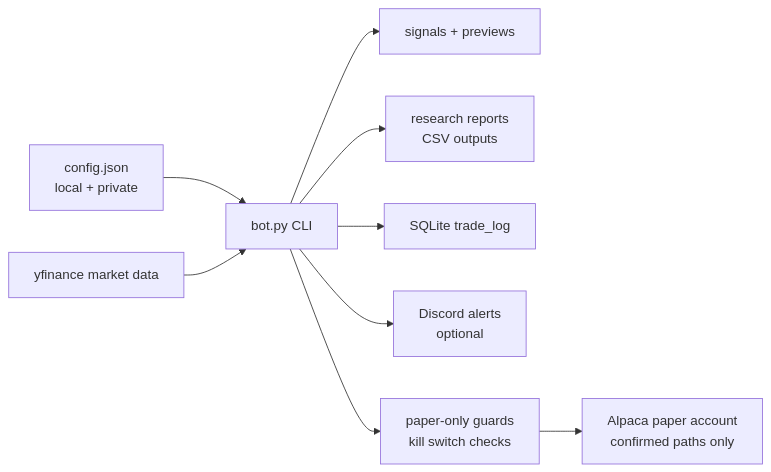
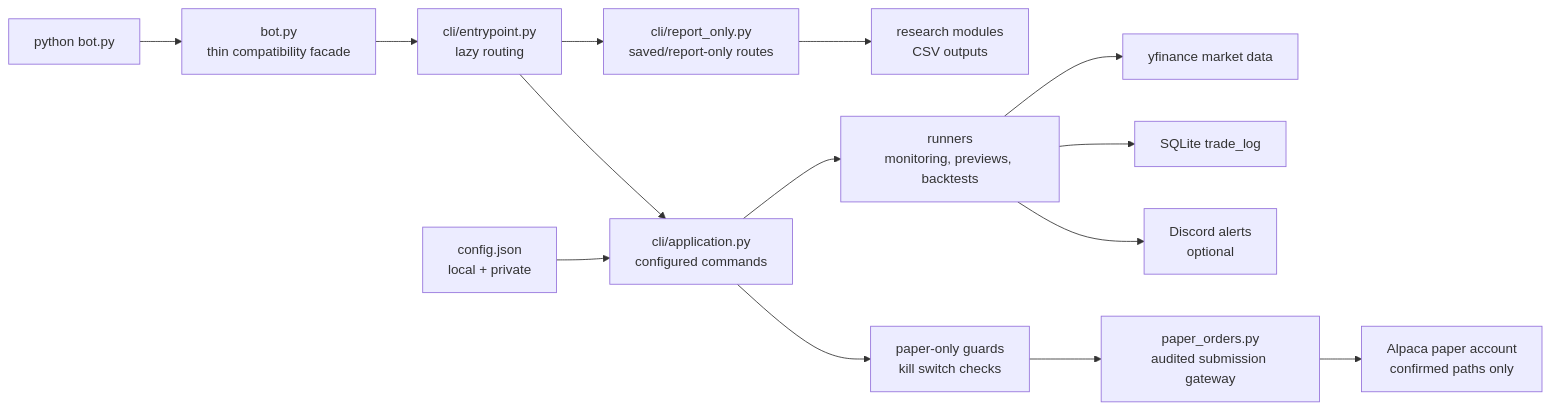
Before and after one commit to LewisVibe/paper-trading-bot: the diagram in README.md, drawn with Mermaid. The commit also changed other lines of this file and 17 other files, not shown here.

Commit message:
Finish bot entrypoint refactor

````diff
--- a/README.md
+++ b/README.md
@@ -336,11 +363,16 @@
 ```mermaid
 flowchart LR
-    Config["config.json<br/>local + private"] --> Bot["bot.py CLI"]
-    MarketData["yfinance market data"] --> Bot
-    Bot --> Signals["signals + previews"]
-    Bot --> Research["research reports<br/>CSV outputs"]
-    Bot --> SQLite["SQLite trade_log"]
-    Bot --> Discord["Discord alerts<br/>optional"]
-    Bot --> Safety["paper-only guards<br/>kill switch checks"]
-    Safety --> Alpaca["Alpaca paper account<br/>confirmed paths only"]
+    User["python bot.py"] --> Facade["bot.py<br/>thin compatibility facade"]
+    Facade --> Entry["cli/entrypoint.py<br/>lazy routing"]
+    Entry --> Reports["cli/report_only.py<br/>saved/report-only routes"]
+    Reports --> Research["research modules<br/>CSV outputs"]
+    Entry --> App["cli/application.py<br/>configured commands"]
+    Config["config.json<br/>local + private"] --> App
+    App --> Runners["runners<br/>monitoring, previews, backtests"]
+    Runners --> MarketData["yfinance market data"]
+    Runners --> SQLite["SQLite trade_log"]
+    Runners --> Discord["Discord alerts<br/>optional"]
+    App --> Safety["paper-only guards<br/>kill switch checks"]
+    Safety --> Gateway["paper_orders.py<br/>audited submission gateway"]
+    Gateway --> Alpaca["Alpaca paper account<br/>confirmed paths only"]
 ```
````
